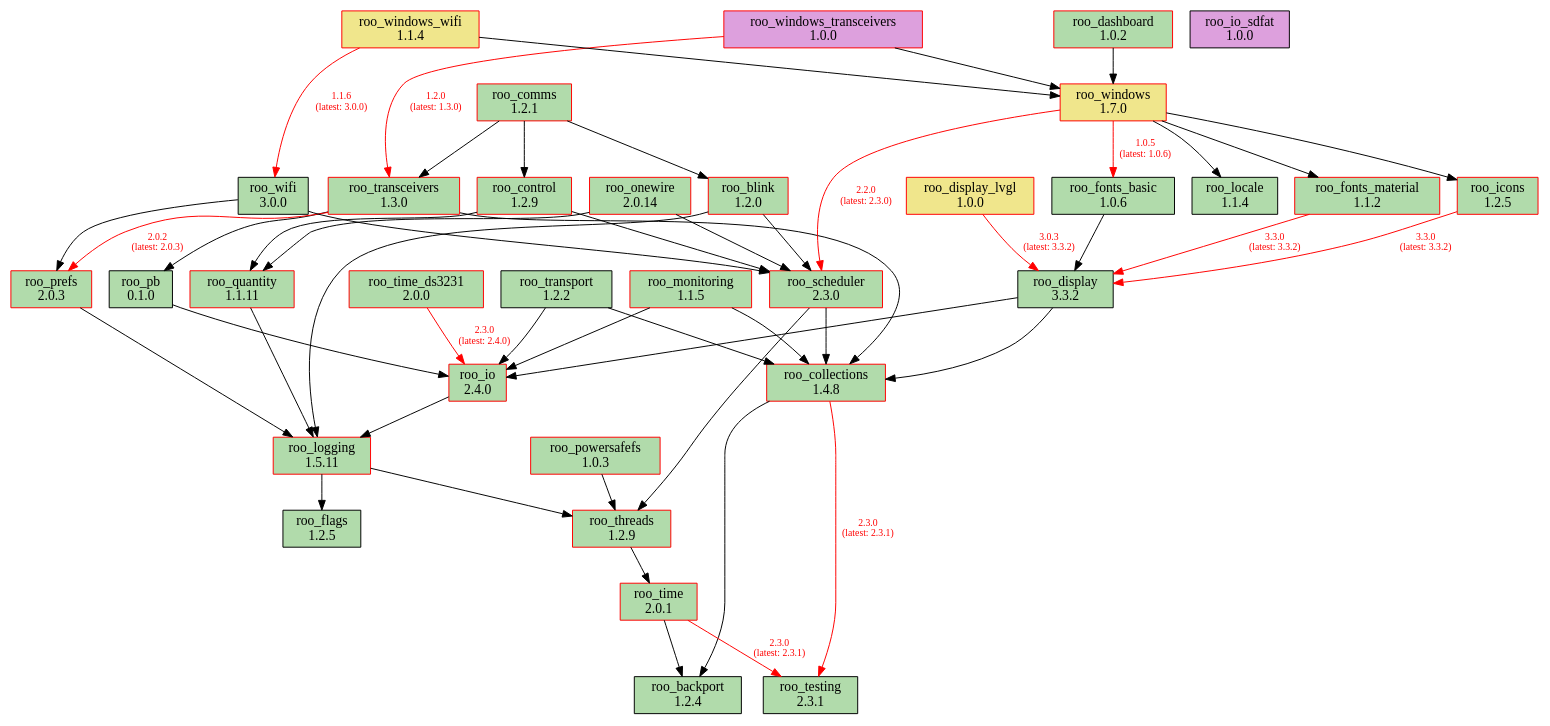
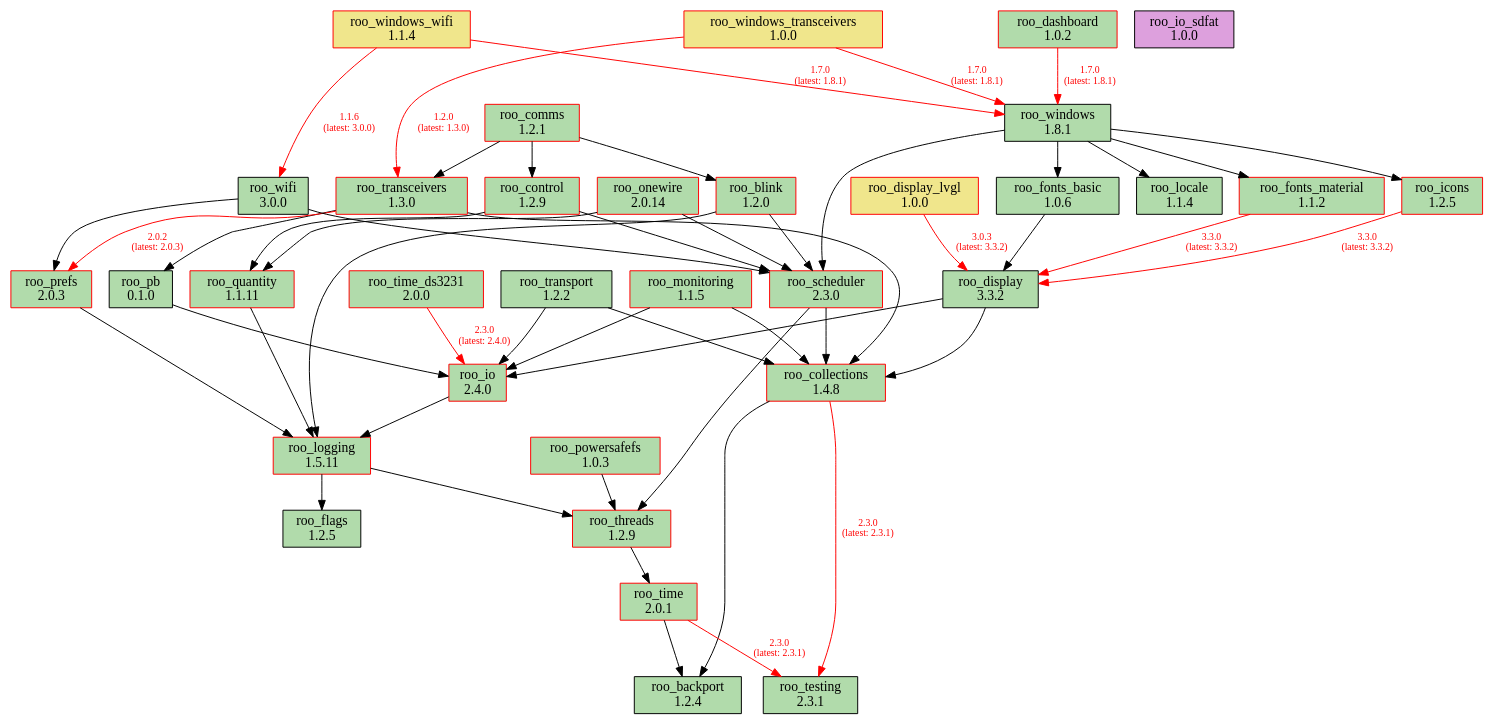
Before and after one commit to dejwk/roo-registry: the diagram in doc/dependencies.dot, drawn with Graphviz. The commit also changed 3 other files, not shown here.

Commit message:
Added roo_windows 1.8.1 to the registry.

```diff
--- a/doc/dependencies.dot
+++ b/doc/dependencies.dot
@@ -1,91 +1,91 @@
 digraph dependencies {
     rankdir=TB;
     node [shape=box, style=filled];
     edge [fontsize=10];
 
     // Modules
     "roo_backport" [label="roo_backport\n1.2.4", fillcolor="#b1dbab", color="black"];
     "roo_blink" [label="roo_blink\n1.2.0", fillcolor="#b1dbab", color="red"];
     "roo_collections" [label="roo_collections\n1.4.8", fillcolor="#b1dbab", color="red"];
     "roo_comms" [label="roo_comms\n1.2.1", fillcolor="#b1dbab", color="red"];
     "roo_control" [label="roo_control\n1.2.9", fillcolor="#b1dbab", color="red"];
     "roo_dashboard" [label="roo_dashboard\n1.0.2", fillcolor="#b1dbab", color="red"];
     "roo_display" [label="roo_display\n3.3.2", fillcolor="#b1dbab", color="black"];
     "roo_display_lvgl" [label="roo_display_lvgl\n1.0.0", fillcolor="khaki", color="red"];
     "roo_flags" [label="roo_flags\n1.2.5", fillcolor="#b1dbab", color="black"];
     "roo_fonts_basic" [label="roo_fonts_basic\n1.0.6", fillcolor="#b1dbab", color="black"];
     "roo_fonts_material" [label="roo_fonts_material\n1.1.2", fillcolor="#b1dbab", color="red"];
     "roo_icons" [label="roo_icons\n1.2.5", fillcolor="#b1dbab", color="red"];
     "roo_io" [label="roo_io\n2.4.0", fillcolor="#b1dbab", color="red"];
     "roo_io_sdfat" [label="roo_io_sdfat\n1.0.0", fillcolor="plum", color="black"];
     "roo_locale" [label="roo_locale\n1.1.4", fillcolor="#b1dbab", color="black"];
     "roo_logging" [label="roo_logging\n1.5.11", fillcolor="#b1dbab", color="red"];
     "roo_monitoring" [label="roo_monitoring\n1.1.5", fillcolor="#b1dbab", color="red"];
     "roo_onewire" [label="roo_onewire\n2.0.14", fillcolor="#b1dbab", color="red"];
     "roo_pb" [label="roo_pb\n0.1.0", fillcolor="#b1dbab", color="black"];
     "roo_powersafefs" [label="roo_powersafefs\n1.0.3", fillcolor="#b1dbab", color="red"];
     "roo_prefs" [label="roo_prefs\n2.0.3", fillcolor="#b1dbab", color="red"];
     "roo_quantity" [label="roo_quantity\n1.1.11", fillcolor="#b1dbab", color="red"];
     "roo_scheduler" [label="roo_scheduler\n2.3.0", fillcolor="#b1dbab", color="red"];
     "roo_testing" [label="roo_testing\n2.3.1", fillcolor="#b1dbab", color="black"];
     "roo_threads" [label="roo_threads\n1.2.9", fillcolor="#b1dbab", color="red"];
     "roo_time" [label="roo_time\n2.0.1", fillcolor="#b1dbab", color="red"];
     "roo_time_ds3231" [label="roo_time_ds3231\n2.0.0", fillcolor="#b1dbab", color="red"];
     "roo_transceivers" [label="roo_transceivers\n1.3.0", fillcolor="#b1dbab", color="red"];
     "roo_transport" [label="roo_transport\n1.2.2", fillcolor="#b1dbab", color="black"];
     "roo_wifi" [label="roo_wifi\n3.0.0", fillcolor="#b1dbab", color="black"];
-    "roo_windows" [label="roo_windows\n1.7.0", fillcolor="khaki", color="red"];
-    "roo_windows_transceivers" [label="roo_windows_transceivers\n1.0.0", fillcolor="plum", color="red"];
+    "roo_windows" [label="roo_windows\n1.8.1", fillcolor="#b1dbab", color="black"];
+    "roo_windows_transceivers" [label="roo_windows_transceivers\n1.0.0", fillcolor="khaki", color="red"];
     "roo_windows_wifi" [label="roo_windows_wifi\n1.1.4", fillcolor="khaki", color="red"];
 
     // Dependencies
     "roo_blink" -> "roo_logging";
     "roo_blink" -> "roo_scheduler";
     "roo_collections" -> "roo_testing" [color=red, fontcolor=red, label="2.3.0\n(latest: 2.3.1)"];
     "roo_collections" -> "roo_backport";
     "roo_comms" -> "roo_blink";
     "roo_comms" -> "roo_control";
     "roo_comms" -> "roo_transceivers";
     "roo_control" -> "roo_quantity";
     "roo_control" -> "roo_scheduler";
-    "roo_dashboard" -> "roo_windows";
+    "roo_dashboard" -> "roo_windows" [color=red, fontcolor=red, label="1.7.0\n(latest: 1.8.1)"];
     "roo_display" -> "roo_collections";
     "roo_display" -> "roo_io";
     "roo_display_lvgl" -> "roo_display" [color=red, fontcolor=red, label="3.0.3\n(latest: 3.3.2)"];
     "roo_fonts_basic" -> "roo_display";
     "roo_fonts_material" -> "roo_display" [color=red, fontcolor=red, label="3.3.0\n(latest: 3.3.2)"];
     "roo_icons" -> "roo_display" [color=red, fontcolor=red, label="3.3.0\n(latest: 3.3.2)"];
     "roo_io" -> "roo_logging";
     "roo_logging" -> "roo_flags";
     "roo_logging" -> "roo_threads";
     "roo_monitoring" -> "roo_collections";
     "roo_monitoring" -> "roo_io";
     "roo_onewire" -> "roo_scheduler";
     "roo_onewire" -> "roo_quantity";
     "roo_pb" -> "roo_io";
     "roo_powersafefs" -> "roo_threads";
     "roo_prefs" -> "roo_logging";
     "roo_quantity" -> "roo_logging";
     "roo_scheduler" -> "roo_collections";
     "roo_scheduler" -> "roo_threads";
     "roo_threads" -> "roo_time";
     "roo_time" -> "roo_testing" [color=red, fontcolor=red, label="2.3.0\n(latest: 2.3.1)"];
     "roo_time" -> "roo_backport";
     "roo_time_ds3231" -> "roo_io" [color=red, fontcolor=red, label="2.3.0\n(latest: 2.4.0)"];
     "roo_transceivers" -> "roo_pb";
     "roo_transceivers" -> "roo_collections";
     "roo_transceivers" -> "roo_prefs" [color=red, fontcolor=red, label="2.0.2\n(latest: 2.0.3)"];
     "roo_transport" -> "roo_collections";
     "roo_transport" -> "roo_io";
     "roo_wifi" -> "roo_prefs";
     "roo_wifi" -> "roo_scheduler";
-    "roo_windows" -> "roo_fonts_basic" [color=red, fontcolor=red, label="1.0.5\n(latest: 1.0.6)"];
+    "roo_windows" -> "roo_fonts_basic";
     "roo_windows" -> "roo_fonts_material";
     "roo_windows" -> "roo_locale";
     "roo_windows" -> "roo_icons";
-    "roo_windows" -> "roo_scheduler" [color=red, fontcolor=red, label="2.2.0\n(latest: 2.3.0)"];
+    "roo_windows" -> "roo_scheduler";
     "roo_windows_transceivers" -> "roo_transceivers" [color=red, fontcolor=red, label="1.2.0\n(latest: 1.3.0)"];
-    "roo_windows_transceivers" -> "roo_windows";
+    "roo_windows_transceivers" -> "roo_windows" [color=red, fontcolor=red, label="1.7.0\n(latest: 1.8.1)"];
     "roo_windows_wifi" -> "roo_wifi" [color=red, fontcolor=red, label="1.1.6\n(latest: 3.0.0)"];
-    "roo_windows_wifi" -> "roo_windows";
+    "roo_windows_wifi" -> "roo_windows" [color=red, fontcolor=red, label="1.7.0\n(latest: 1.8.1)"];
 }
```
